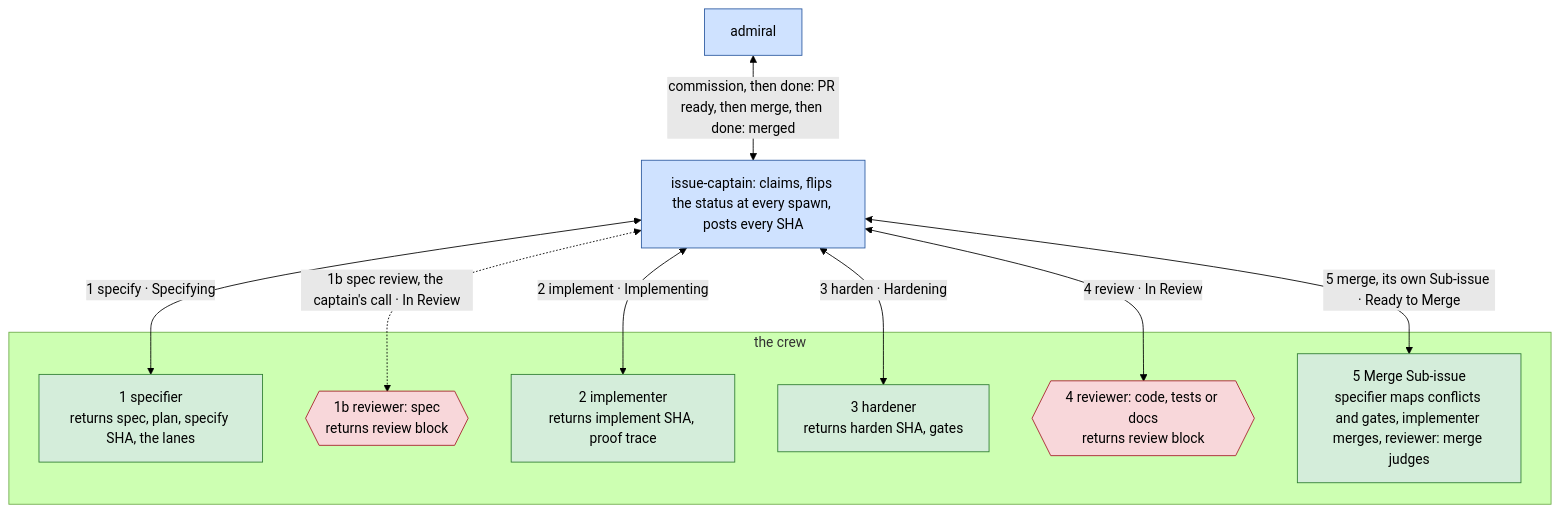
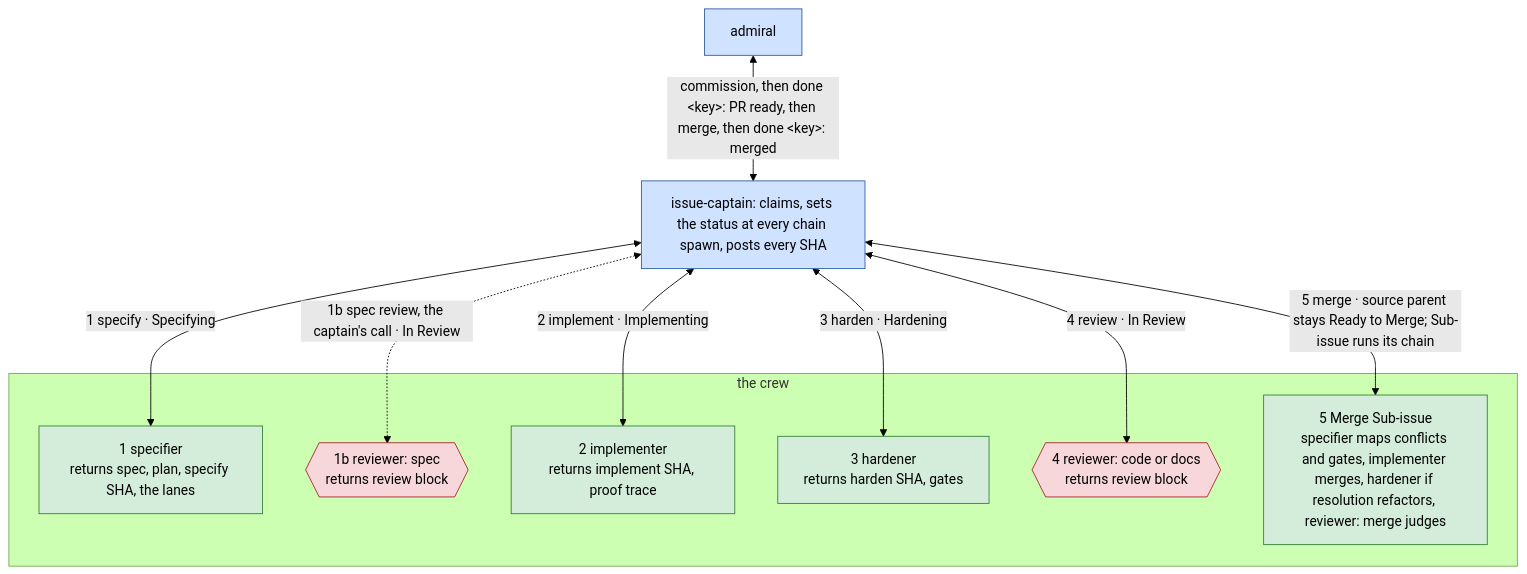
Before and after one commit to bodnarbalazs/dydo: the second of 12 diagrams in dydo/understand/control-flow.md, drawn with Mermaid (forest theme). The commit also changed other lines of this file and 445 other files, not shown here.

````diff
--- a/dydo/understand/control-flow.md
+++ b/dydo/understand/control-flow.md
@@ -127,22 +133,22 @@
 ```mermaid
 flowchart TD
   classDef hat fill:#cfe2ff,stroke:#2c5aa0,color:#000
   classDef worker fill:#d4edda,stroke:#2e7d32,color:#000
   classDef reviewer fill:#f8d7da,stroke:#a71d2a,color:#000
 
-  AD[admiral]:::hat <-->|"commission, then done: PR ready, then merge, then done: merged"| IC[issue-captain: claims, flips the status at every spawn, posts every SHA]:::hat
+  AD[admiral]:::hat <-->|"commission, then done &lt;key&gt;: PR ready, then merge, then done &lt;key&gt;: merged"| IC[issue-captain: claims, sets the status at every chain spawn, posts every SHA]:::hat
   IC <-->|"1 specify · Specifying"| SP
   IC <-.->|"1b spec review, the captain's call · In Review"| RS
   IC <-->|"2 implement · Implementing"| IM
   IC <-->|"3 harden · Hardening"| HD
   IC <-->|"4 review · In Review"| RC
-  IC <-->|"5 merge, its own Sub-issue · Ready to Merge"| MG
+  IC <-->|"5 merge · source parent stays Ready to Merge; Sub-issue runs its chain"| MG
   subgraph CREW [the crew]
     SP[1 specifier<br>returns spec, plan, specify SHA, the lanes]:::worker
     RS{{1b reviewer: spec<br>returns review block}}:::reviewer
     IM[2 implementer<br>returns implement SHA, proof trace]:::worker
     HD[3 hardener<br>returns harden SHA, gates]:::worker
-    RC{{4 reviewer: code, tests or docs<br>returns review block}}:::reviewer
-    MG[5 Merge Sub-issue<br>specifier maps conflicts and gates, implementer merges, reviewer: merge judges]:::worker
+    RC{{4 reviewer: code or docs<br>returns review block}}:::reviewer
+    MG[5 Merge Sub-issue<br>specifier maps conflicts and gates, implementer merges, hardener if resolution refactors, reviewer: merge judges]:::worker
   end
 ```
````
